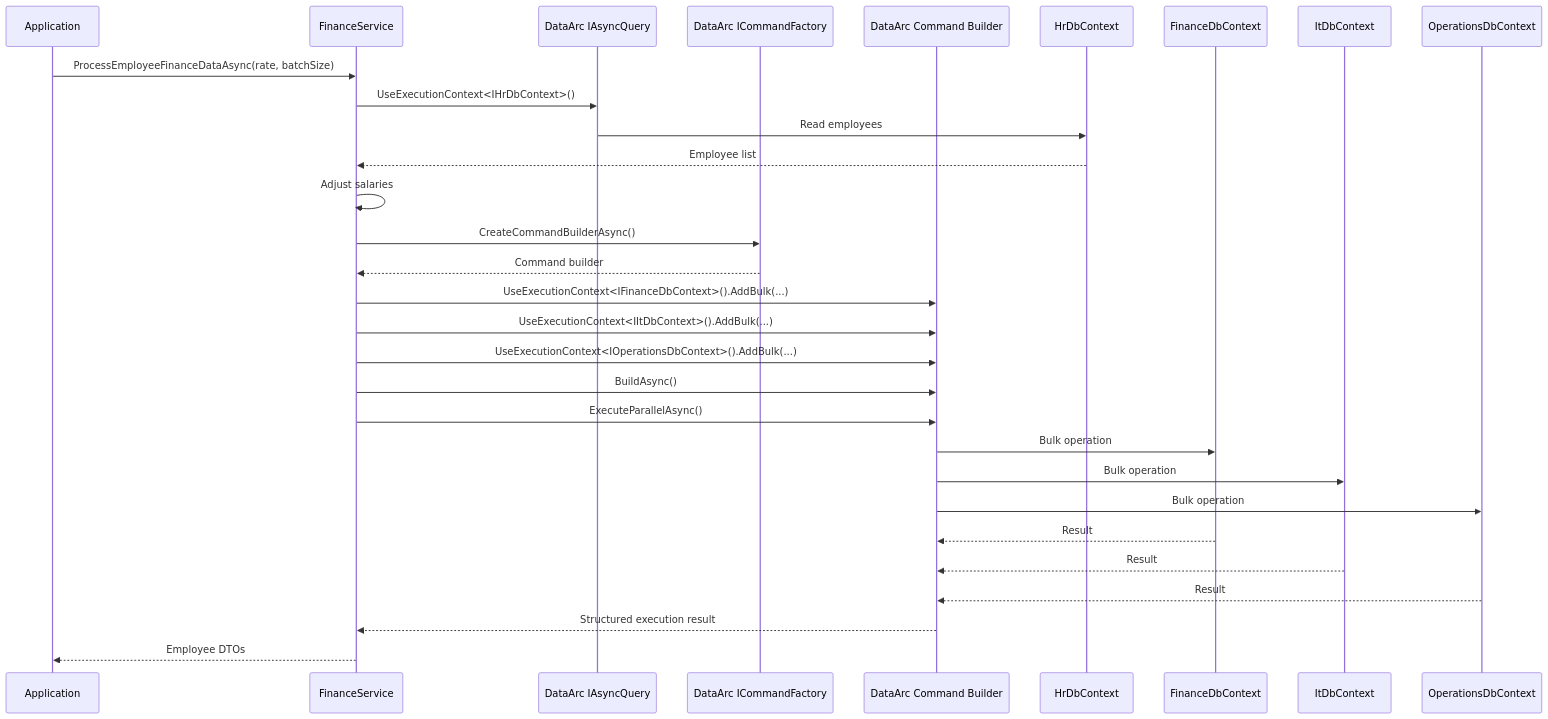
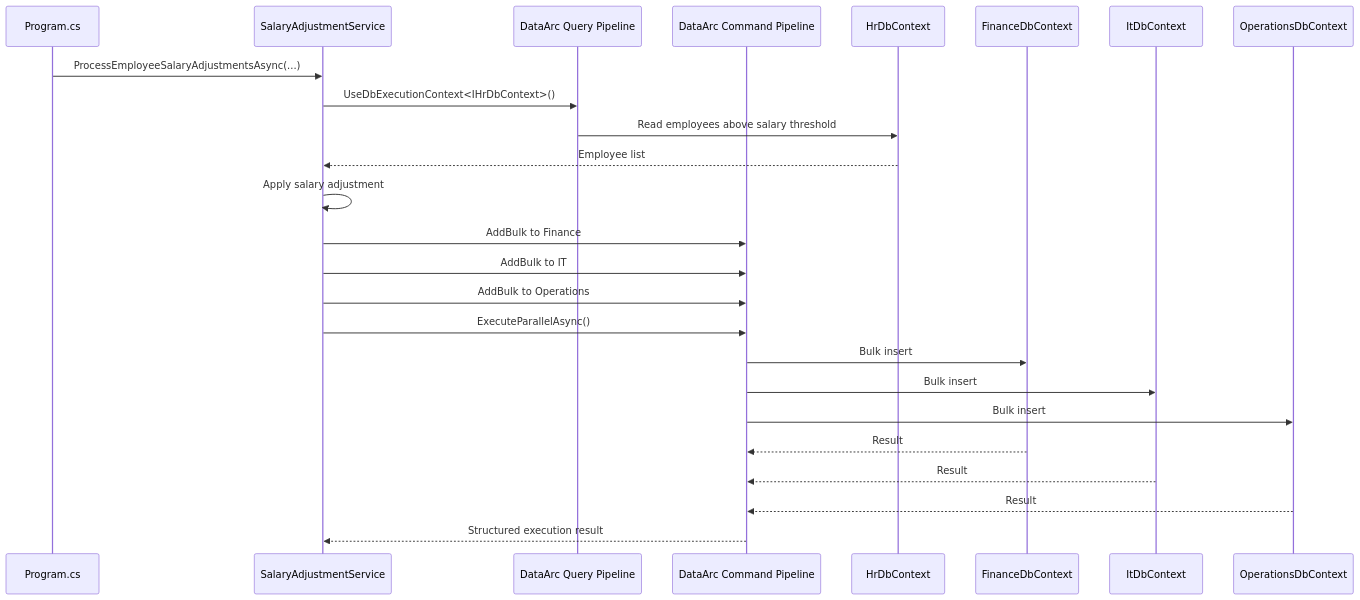
One commit to SolidArcSoftware/DataArc.EntityFrameworkCore changed the second of 7 diagrams in README.md. Above: the diagram before and after it, drawn with Mermaid. The commit also changed other lines of this file and 11 other files, not shown here.

````diff
--- a/README.md
+++ b/README.md
@@ -154,40 +134,32 @@
 ```mermaid
 sequenceDiagram
-    participant App as Application
-    participant Service as FinanceService
-    participant Query as DataArc IAsyncQuery
-    participant Factory as DataArc ICommandFactory
-    participant Command as DataArc Command Builder
+    participant App as Program.cs
+    participant Salary as SalaryAdjustmentService
+    participant Query as DataArc Query Pipeline
+    participant Command as DataArc Command Pipeline
     participant HR as HrDbContext
     participant Finance as FinanceDbContext
     participant IT as ItDbContext
     participant Ops as OperationsDbContext
 
-    App->>Service: ProcessEmployeeFinanceDataAsync(rate, batchSize)
-    Service->>Query: UseExecutionContext<IHrDbContext>()
-    Query->>HR: Read employees
-    HR-->>Service: Employee list
+    App->>Salary: ProcessEmployeeSalaryAdjustmentsAsync(...)
+    Salary->>Query: UseDbExecutionContext<IHrDbContext>()
+    Query->>HR: Read employees above salary threshold
+    HR-->>Salary: Employee list
 
-    Service->>Service: Adjust salaries
+    Salary->>Salary: Apply salary adjustment
 
-    Service->>Factory: CreateCommandBuilderAsync()
-    Factory-->>Service: Command builder
+    Salary->>Command: AddBulk to Finance
+    Salary->>Command: AddBulk to IT
+    Salary->>Command: AddBulk to Operations
+    Salary->>Command: ExecuteParallelAsync()
 
-    Service->>Command: UseExecutionContext<IFinanceDbContext>().AddBulk(...)
-    Service->>Command: UseExecutionContext<IItDbContext>().AddBulk(...)
-    Service->>Command: UseExecutionContext<IOperationsDbContext>().AddBulk(...)
-
-    Service->>Command: BuildAsync()
-    Service->>Command: ExecuteParallelAsync()
-
-    Command->>Finance: Bulk operation
-    Command->>IT: Bulk operation
-    Command->>Ops: Bulk operation
+    Command->>Finance: Bulk insert
+    Command->>IT: Bulk insert
+    Command->>Ops: Bulk insert
 
     Finance-->>Command: Result
     IT-->>Command: Result
     Ops-->>Command: Result
-
-    Command-->>Service: Structured execution result
-    Service-->>App: Employee DTOs
+    Command-->>Salary: Structured execution result
 ```
````
